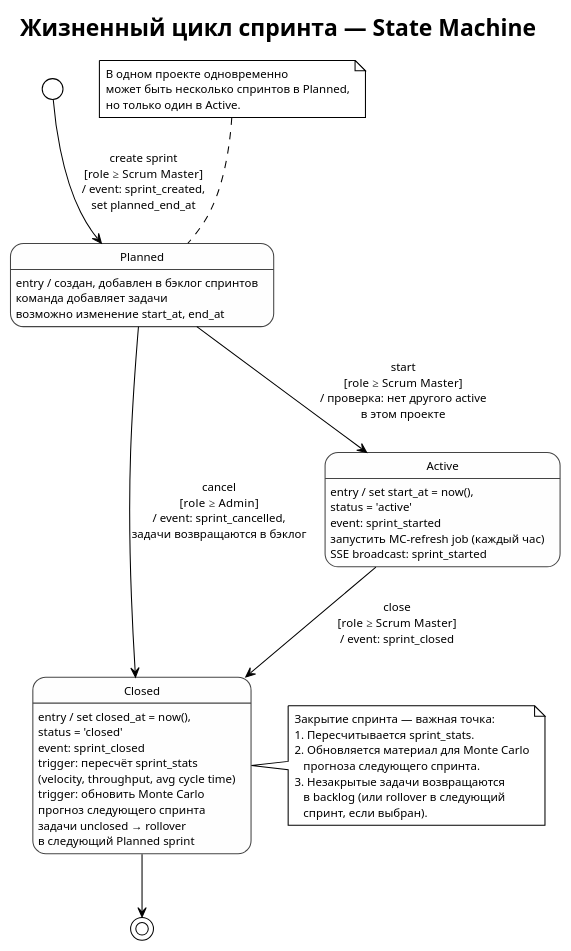
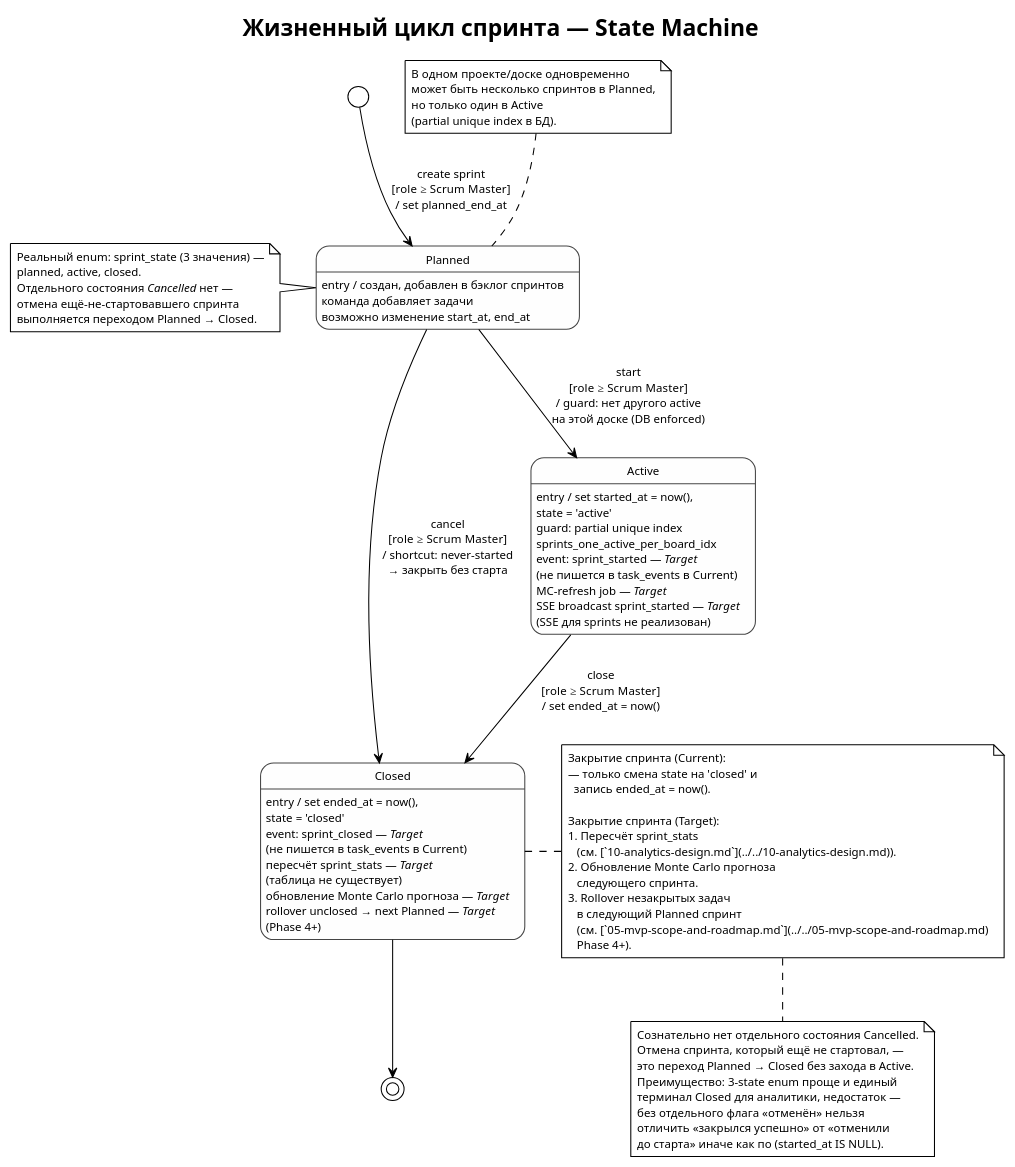
One commit to elClassico-eng/scrumban_app changed the diagram in docs/uml/07-state/sprint-lifecycle.puml. Above: the diagram before and after it, drawn with PlantUML. The commit also changed 2 other files, not shown here.

```diff
--- a/docs/uml/07-state/sprint-lifecycle.puml
+++ b/docs/uml/07-state/sprint-lifecycle.puml
@@ -1,60 +1,89 @@
 @startuml sprint-lifecycle
 !theme plain
 title Жизненный цикл спринта — State Machine
 
 skinparam defaultFontName Arial
 skinparam defaultFontSize 11
 skinparam state {
   BackgroundColor #FEFEFE
   BorderColor #444444
   FontSize 11
 }
 
-[*] --> Planned : create sprint\n[role ≥ Scrum Master]\n/ event: sprint_created,\nset planned_end_at
+[*] --> Planned : create sprint\n[role ≥ Scrum Master]\n/ set planned_end_at
+
+note left of Planned
+  Реальный enum: sprint_state (3 значения) —
+  planned, active, closed.
+  Отдельного состояния <i>Cancelled</i> нет —
+  отмена ещё-не-стартовавшего спринта
+  выполняется переходом Planned → Closed.
+end note
 
 state Planned {
   Planned : entry / создан, добавлен в бэклог спринтов
   Planned : команда добавляет задачи
   Planned : возможно изменение start_at, end_at
 }
 
 state Active {
-  Active : entry / set start_at = now(),\nstatus = 'active'
-  Active : event: sprint_started
-  Active : запустить MC-refresh job (каждый час)
-  Active : SSE broadcast: sprint_started
+  Active : entry / set started_at = now(),\nstate = 'active'
+  Active : guard: partial unique index\nsprints_one_active_per_board_idx
+  Active : event: sprint_started — <i>Target</i>\n(не пишется в task_events в Current)
+  Active : MC-refresh job — <i>Target</i>
+  Active : SSE broadcast sprint_started — <i>Target</i>\n(SSE для sprints не реализован)
 }
 
 state Closed {
-  Closed : entry / set closed_at = now(),\nstatus = 'closed'
-  Closed : event: sprint_closed
-  Closed : trigger: пересчёт sprint_stats\n(velocity, throughput, avg cycle time)
-  Closed : trigger: обновить Monte Carlo\nпрогноз следующего спринта
-  Closed : задачи unclosed → rollover\nв следующий Planned sprint
+  Closed : entry / set ended_at = now(),\nstate = 'closed'
+  Closed : event: sprint_closed — <i>Target</i>\n(не пишется в task_events в Current)
+  Closed : пересчёт sprint_stats — <i>Target</i>\n(таблица не существует)
+  Closed : обновление Monte Carlo прогноза — <i>Target</i>
+  Closed : rollover unclosed → next Planned — <i>Target</i>\n(Phase 4+)
 }
 
-Planned --> Active : start\n[role ≥ Scrum Master]\n/ проверка: нет другого active\nв этом проекте
-Active --> Closed : close\n[role ≥ Scrum Master]\n/ event: sprint_closed
+Planned --> Active : start\n[role ≥ Scrum Master]\n/ guard: нет другого active\nна этой доске (DB enforced)
+Active --> Closed : close\n[role ≥ Scrum Master]\n/ set ended_at = now()
 
-' Cancel from Planned (крайне редко — спринт ещё не начался)
-Planned --> Closed : cancel\n[role ≥ Admin]\n/ event: sprint_cancelled,\nзадачи возвращаются в бэклог
+' Cancellation shortcut: Planned → Closed без прохода через Active.
+' Отдельного состояния Cancelled нет — это сознательное решение Current
+' (3-state enum в server/db/schema/sprints.ts).
+Planned --> Closed : cancel\n[role ≥ Scrum Master]\n/ shortcut: never-started\n→ закрыть без старта
 
 note top of Planned
-  В одном проекте одновременно
+  В одном проекте/доске одновременно
   может быть несколько спринтов в Planned,
-  но только один в Active.
+  но только один в Active
+  (partial unique index в БД).
 end note
 
 note right of Closed
-  Закрытие спринта — важная точка:
-  1. Пересчитывается sprint_stats.
-  2. Обновляется материал для Monte Carlo
-     прогноза следующего спринта.
-  3. Незакрытые задачи возвращаются
-     в backlog (или rollover в следующий
-     спринт, если выбран).
+  Закрытие спринта (Current):
+  — только смена state на 'closed' и
+    запись ended_at = now().
+
+  Закрытие спринта (Target):
+  1. Пересчёт sprint_stats
+     (см. [`10-analytics-design.md`](../../10-analytics-design.md)).
+  2. Обновление Monte Carlo прогноза
+     следующего спринта.
+  3. Rollover незакрытых задач
+     в следующий Planned спринт
+     (см. [`05-mvp-scope-and-roadmap.md`](../../05-mvp-scope-and-roadmap.md)
+     Phase 4+).
+end note
+
+note bottom
+  Сознательно нет отдельного состояния Cancelled.
+  Отмена спринта, который ещё не стартовал, —
+  это переход Planned → Closed без захода в Active.
+  Преимущество: 3-state enum проще и единый
+  терминал Closed для аналитики, недостаток —
+  без отдельного флага «отменён» нельзя
+  отличить «закрылся успешно» от «отменили
+  до старта» иначе как по (started_at IS NULL).
 end note
 
 Closed --> [*]
 
 @enduml
```
